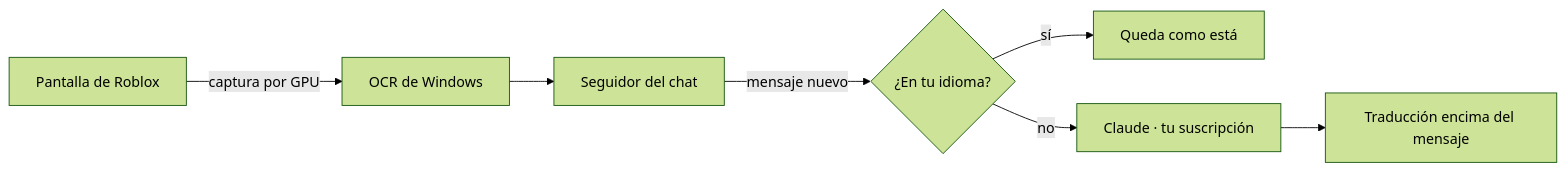
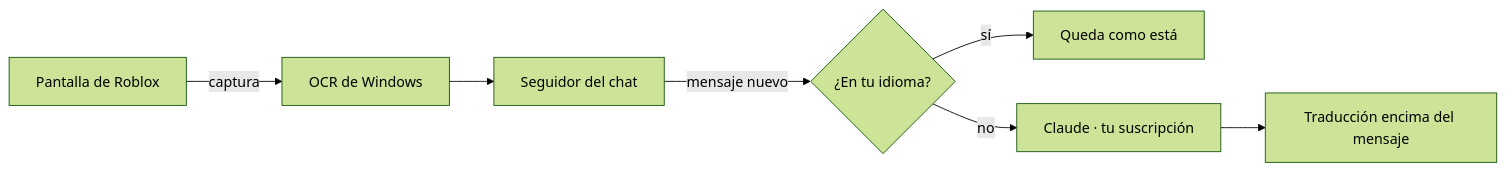
One commit to Fnqqew/bubble changed the diagram in docs/GUIA.md. Above: the diagram before and after it, drawn with Mermaid (forest theme). The commit also changed other lines of this file and 70 other files, not shown here.

````diff
--- a/docs/GUIA.md
+++ b/docs/GUIA.md
@@ -568,9 +419,9 @@
 ```mermaid
 flowchart LR
-    S[Pantalla de Roblox] -->|captura por GPU| O[OCR de Windows]
+    S[Pantalla de Roblox] -->|captura| O[OCR de Windows]
     O --> T[Seguidor del chat]
     T -->|mensaje nuevo| L{¿En tu idioma?}
     L -->|sí| K[Queda como está]
     L -->|no| C[Claude · tu suscripción]
     C --> V[Traducción encima del mensaje]
 ```
````
